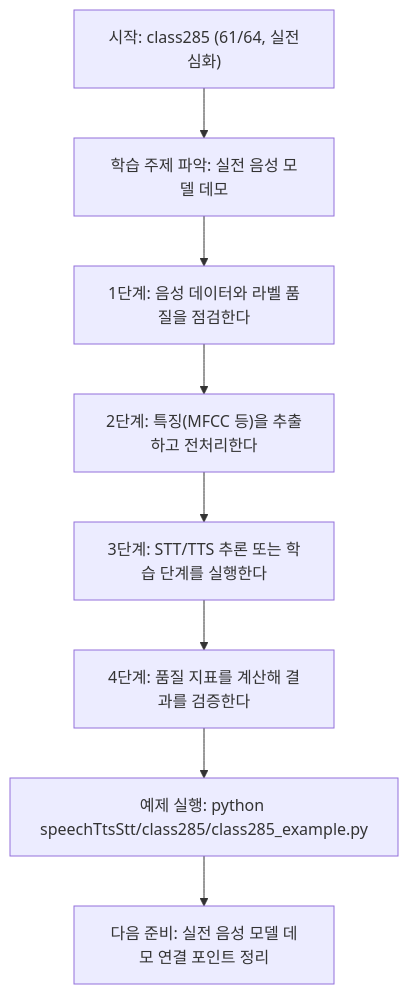
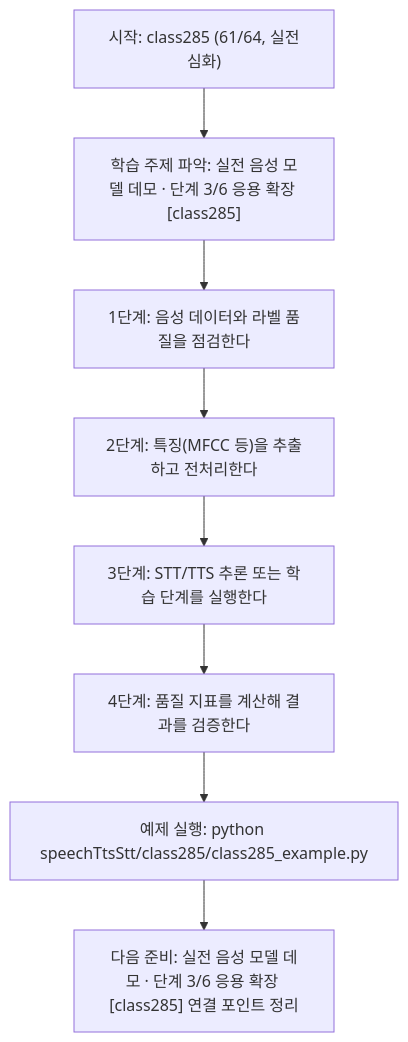
The diagram in speechTtsStt/class285/class285.md (edumgt/Python-AI_Agent-Class), drawn with Mermaid before and after one commit. The commit also changed other lines of this file and 522 other files, not shown here.

````diff
--- a/speechTtsStt/class285/class285.md
+++ b/speechTtsStt/class285/class285.md
@@ -114,18 +115,18 @@
 ```mermaid
 flowchart TD
 N1["시작: class285 (61/64, 실전심화)"]
-N2["학습 주제 파악: 실전 음성 모델 데모"]
+N2["학습 주제 파악: 실전 음성 모델 데모 · 단계 3/6 응용 확장 [class285]"]
 N3["1단계: 음성 데이터와 라벨 품질을 점검한다"]
 N4["2단계: 특징(MFCC 등)을 추출하고 전처리한다"]
 N5["3단계: STT/TTS 추론 또는 학습 단계를 실행한다"]
 N6["4단계: 품질 지표를 계산해 결과를 검증한다"]
 N7["예제 실행: python speechTtsStt/class285/class285_example.py"]
-N8["다음 준비: 실전 음성 모델 데모 연결 포인트 정리"]
+N8["다음 준비: 실전 음성 모델 데모 · 단계 3/6 응용 확장 [class285] 연결 포인트 정리"]
 N1 --> N2
 N2 --> N3
 N3 --> N4
 N4 --> N5
 N5 --> N6
 N6 --> N7
 N7 --> N8
 ```
````
